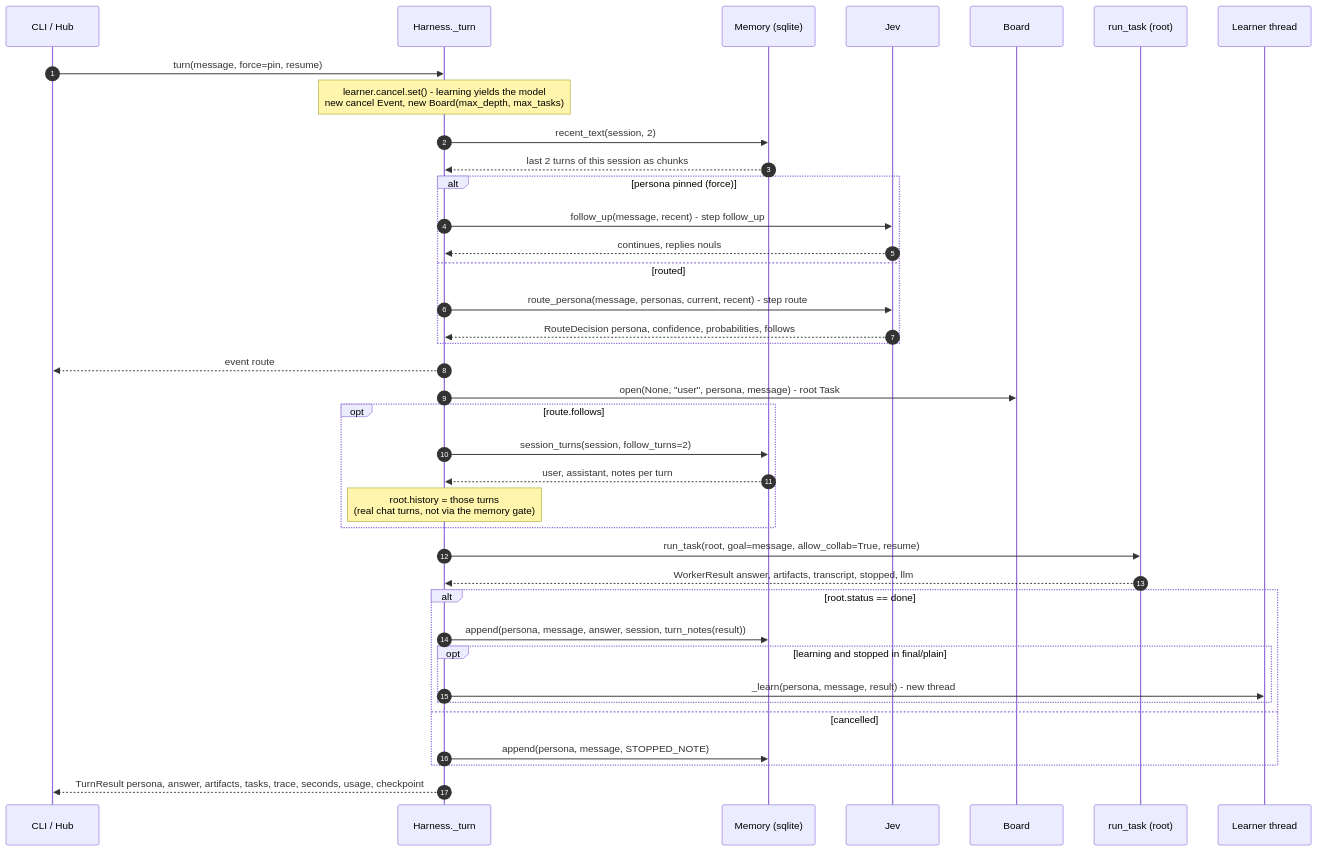
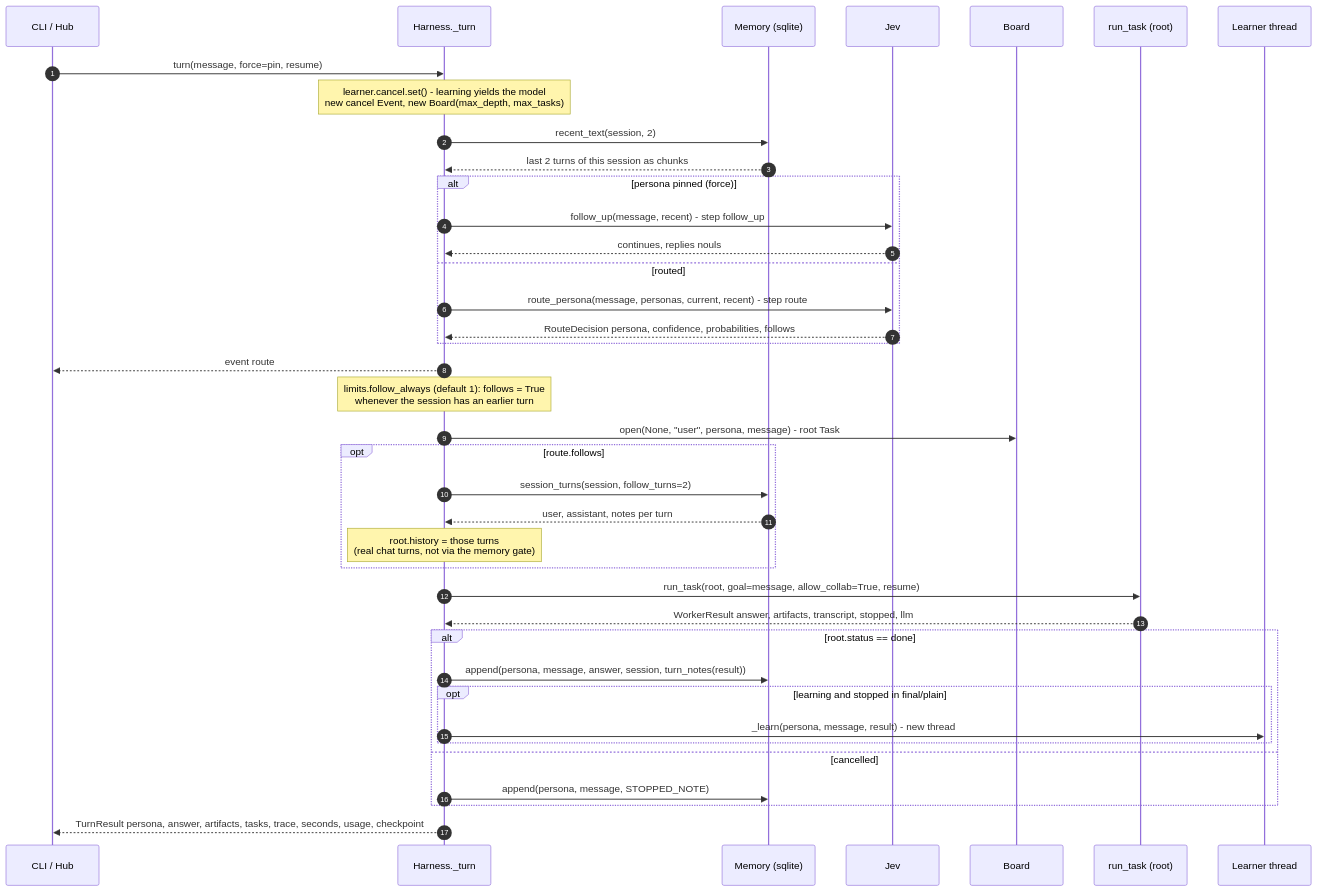
Before and after one commit to slumpsod/jev-harness: the first of 3 diagrams in docs/architecture/01-turn.md, drawn with Mermaid. The commit also changed other lines of this file and 13 other files, not shown here.

````diff
--- a/docs/architecture/01-turn.md
+++ b/docs/architecture/01-turn.md
@@ -10,41 +10,42 @@
 ```mermaid
 sequenceDiagram
   autonumber
   participant UI as CLI / Hub
   participant H as Harness._turn
   participant Mem as Memory (sqlite)
   participant J as Jev
   participant B as Board
   participant RT as run_task (root)
   participant LR as Learner thread
 
   UI->>H: turn(message, force=pin, resume)
   Note over H: learner.cancel.set() - learning yields the model<br/>new cancel Event, new Board(max_depth, max_tasks)
   H->>Mem: recent_text(session, 2)
   Mem-->>H: last 2 turns of this session as chunks
   alt persona pinned (force)
     H->>J: follow_up(message, recent) - step follow_up
     J-->>H: continues, replies nouls
   else routed
     H->>J: route_persona(message, personas, current, recent) - step route
     J-->>H: RouteDecision persona, confidence, probabilities, follows
   end
   H-->>UI: event route
+  Note over H: limits.follow_always (default 1): follows = True<br/>whenever the session has an earlier turn
   H->>B: open(None, "user", persona, message) - root Task
   opt route.follows
     H->>Mem: session_turns(session, follow_turns=2)
     Mem-->>H: user, assistant, notes per turn
     Note over H: root.history = those turns<br/>(real chat turns, not via the memory gate)
   end
   H->>RT: run_task(root, goal=message, allow_collab=True, resume)
   RT-->>H: WorkerResult answer, artifacts, transcript, stopped, llm
   alt root.status == done
     H->>Mem: append(persona, message, answer, session, turn_notes(result))
     opt learning and stopped in final/plain
       H->>LR: _learn(persona, message, result) - new thread
     end
   else cancelled
     H->>Mem: append(persona, message, STOPPED_NOTE)
   end
   H-->>UI: TurnResult persona, answer, artifacts, tasks, trace, seconds, usage, checkpoint
 ```
````
